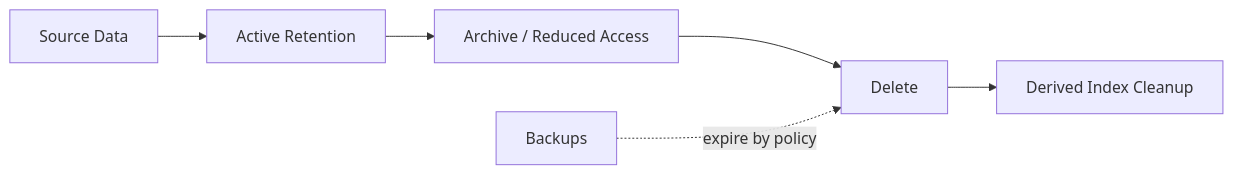
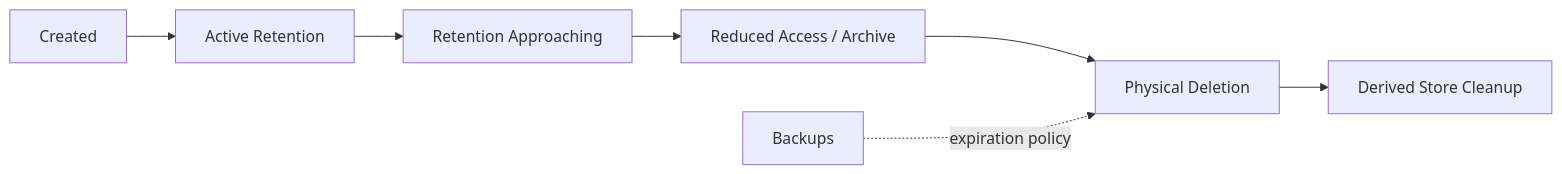
One commit to D-engahmed/OMILINKS changed the first of 2 diagrams in docs/data/retention.md. Above: the diagram before and after it, drawn with Mermaid. The commit also changed other lines of this file and 3 other files, not shown here.

Commit message:
docs: deepen data model retention backup and migration

````diff
--- a/docs/data/retention.md
+++ b/docs/data/retention.md
@@ -13,8 +28,9 @@
-```mermaid
+~~~mermaid
 flowchart LR
-DATA[Source Data] --> ACTIVE[Active Retention]
-ACTIVE --> ARCH[Archive / Reduced Access]
-ARCH --> PURGE[Delete]
-PURGE --> DERIVED[Derived Index Cleanup]
-BACKUP[Backups] -. expire by policy .-> PURGE
-```
+    CREATED[Created] --> ACTIVE[Active Retention]
+    ACTIVE --> EXPIRING[Retention Approaching]
+    EXPIRING --> ARCHIVE[Reduced Access / Archive]
+    ARCHIVE --> PURGE[Physical Deletion]
+    PURGE --> DERIVED[Derived Store Cleanup]
+    BACKUP[Backups] -. expiration policy .-> PURGE
+~~~
````
